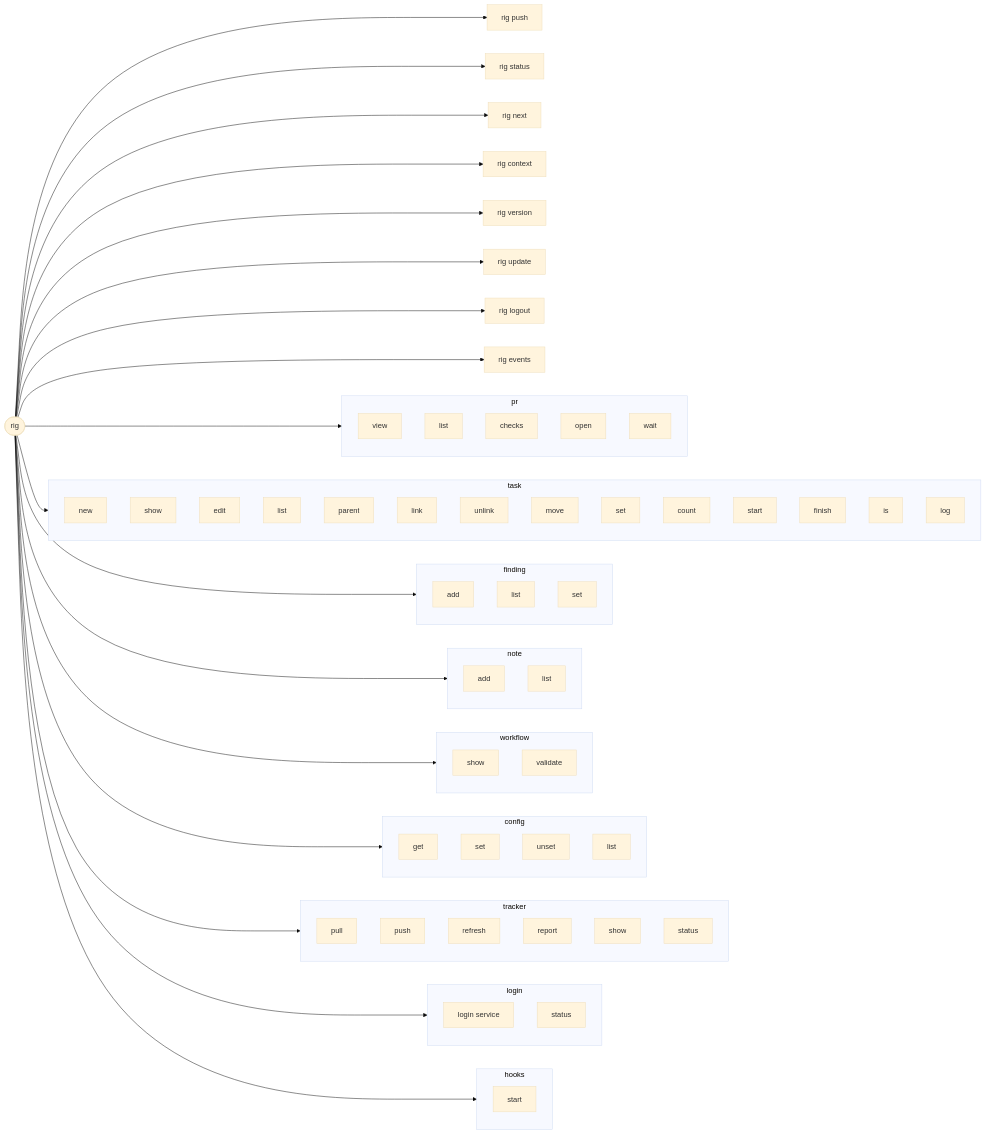
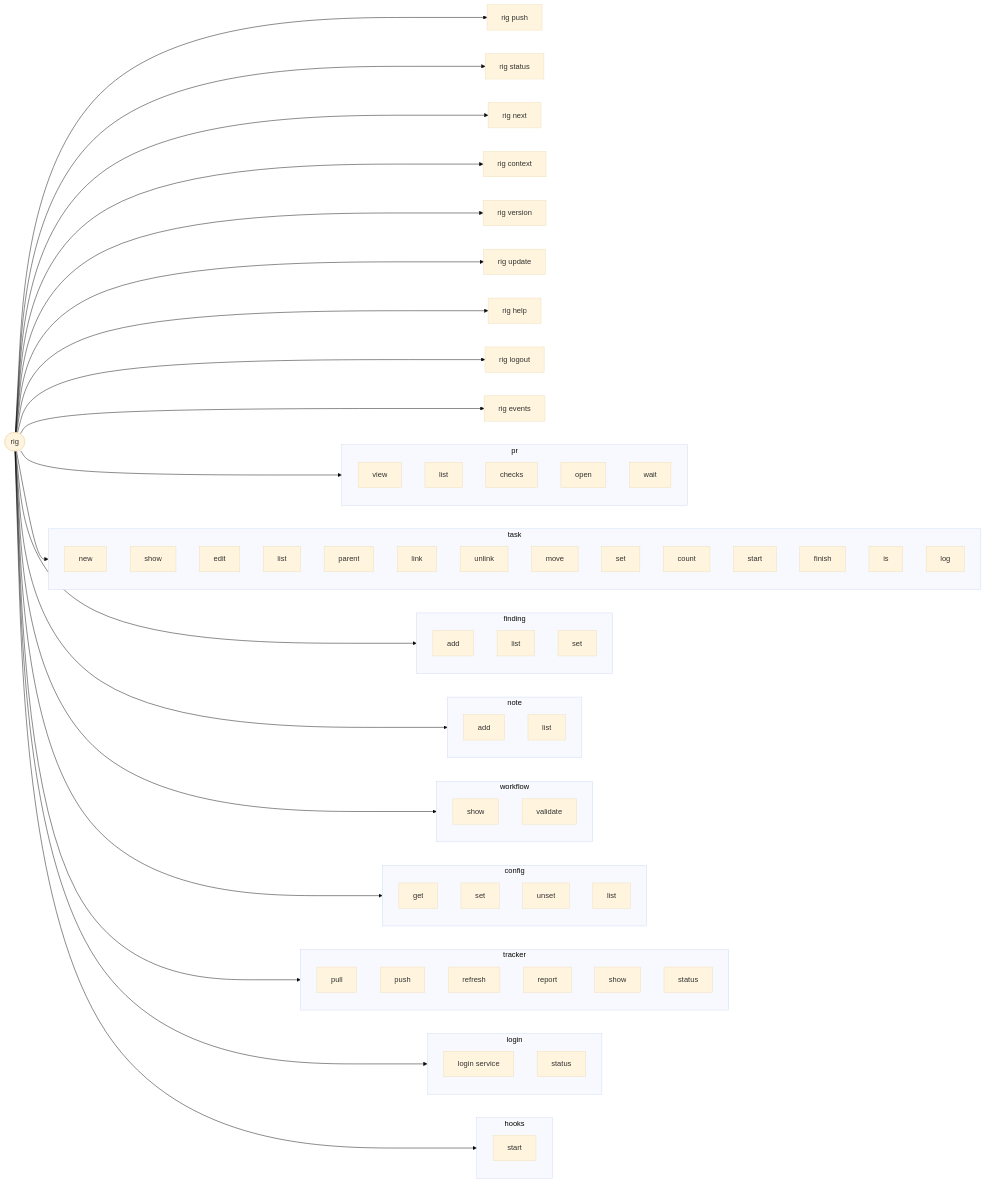
Before and after one commit to AindriuB/rig: the first of 2 diagrams in README.md, drawn with Mermaid (base theme). The commit also changed other lines of this file and 14 other files, not shown here.

Commit message:
57-help-by-topic: short help screen, per-command help, help --all PARTIAL: other test files still call rig help for the full text (outside Owns)

````diff
--- a/README.md
+++ b/README.md
@@ -176,79 +184,80 @@
 ```mermaid
 %% alt: Every rig command grouped under its first word, with each subcommand as a node under its noun.
 flowchart LR
   rig([rig])
   rig --> push["rig push"]
   rig --> status["rig status"]
   rig --> next["rig next"]
   rig --> context["rig context"]
   rig --> version["rig version"]
   rig --> update["rig update"]
+  rig --> help["rig help"]
   rig --> pr
   rig --> task
   rig --> finding
   rig --> note
   rig --> workflow
   rig --> config
   rig --> tracker
   rig --> login
   rig --> logout["rig logout"]
   rig --> events["rig events"]
   rig --> hooks
   subgraph pr [pr]
     pr_view["view"]
     pr_list["list"]
     pr_checks["checks"]
     pr_open["open"]
     pr_wait["wait"]
   end
   subgraph task [task]
     task_new["new"]
     task_show["show"]
     task_edit["edit"]
     task_list["list"]
     task_parent["parent"]
     task_link["link"]
     task_unlink["unlink"]
     task_move["move"]
     task_set["set"]
     task_count["count"]
     task_start["start"]
     task_finish["finish"]
     task_is["is"]
     task_log["log"]
   end
   subgraph finding [finding]
     finding_add["add"]
     finding_list["list"]
     finding_set["set"]
   end
   subgraph note [note]
     note_add["add"]
     note_list["list"]
   end
   subgraph workflow [workflow]
     workflow_show["show"]
     workflow_validate["validate"]
   end
   subgraph config [config]
     config_get["get"]
     config_set["set"]
     config_unset["unset"]
     config_list["list"]
   end
   subgraph hooks [hooks]
     hooks_start["start"]
   end
   subgraph tracker [tracker]
     tracker_pull["pull"]
     tracker_push["push"]
     tracker_refresh["refresh"]
     tracker_report["report"]
     tracker_show["show"]
     tracker_status["status"]
   end
   subgraph login [login]
     login_service["login service"]
     login_status["status"]
   end
 ```
````
